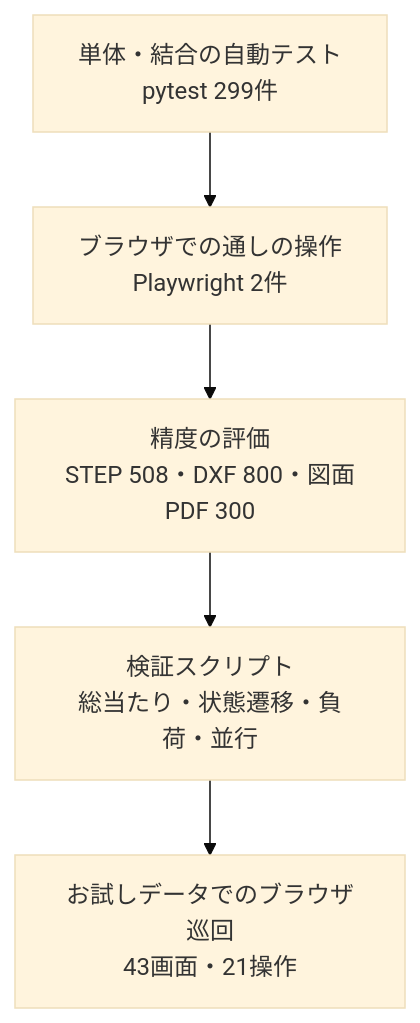
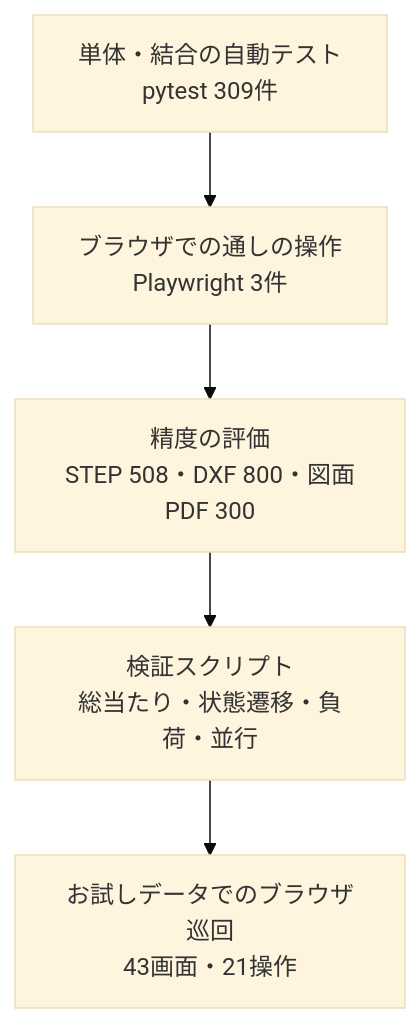
Before and after one commit to 1975020t/step_analysis_for_automatic-estimate: the diagram in docs/09_テスト報告書.md, drawn with Mermaid (base theme). The commit also changed other lines of this file and 32 other files, not shown here.

````diff
--- a/docs/09_テスト報告書.md
+++ b/docs/09_テスト報告書.md
@@ -35,7 +36,7 @@
 ```mermaid 図 試験の層（上ほど細かく速い、下ほど実際の使い方に近い）
 flowchart TD
-  u[単体・結合の自動テスト<br/>pytest 299件] --> e[ブラウザでの通しの操作<br/>Playwright 2件]
+  u[単体・結合の自動テスト<br/>pytest 309件] --> e[ブラウザでの通しの操作<br/>Playwright 3件]
   e --> g[精度の評価<br/>STEP 508・DXF 800・図面PDF 300]
   g --> v[検証スクリプト<br/>総当たり・状態遷移・負荷・並行]
   v --> b[お試しデータでのブラウザ巡回<br/>43画面・21操作]
 ```
````
